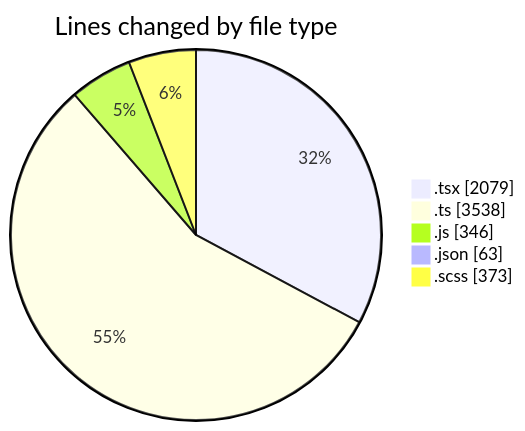
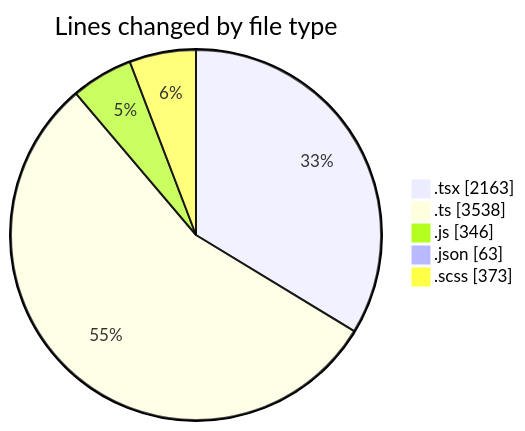
One commit to momahboobian/code-tracking changed the first of 2 diagrams in 2025-12-01/cda/README.md. Above: the diagram before and after it, drawn with Mermaid. The commit also changed other lines of this file and 1 other file, not shown here.

````diff
--- a/2025-12-01/cda/README.md
+++ b/2025-12-01/cda/README.md
@@ -33,9 +33,9 @@
 ```mermaid
 pie showData
 title Lines changed by file type
-".tsx" : 2079
+".tsx" : 2163
 ".ts" : 3538
 ".js" : 346
 ".json" : 63
 ".scss" : 373
 ```
````
